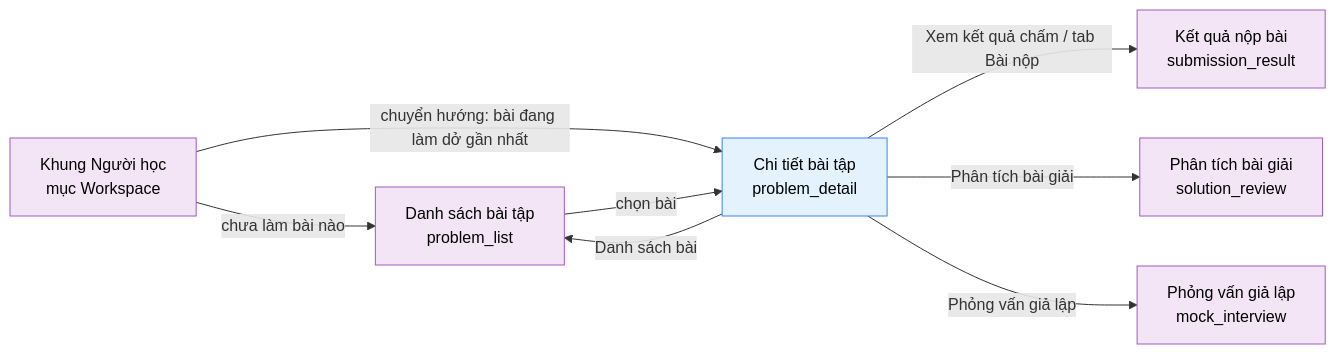
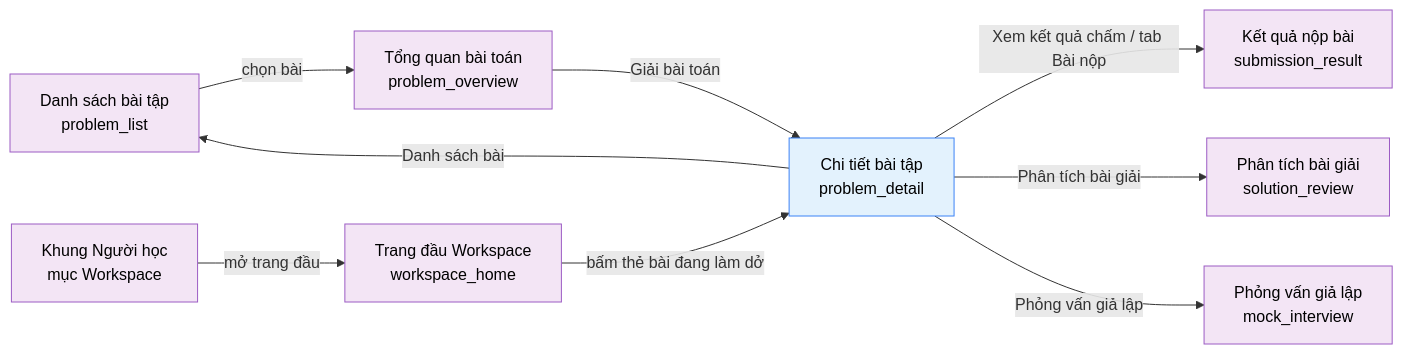
Before and after one commit to daiphu1801/PRJ_ALGOPREP: the diagram in 02-bd/screens/users/USR0102_problem_detail.md, drawn with Mermaid. The commit also changed other lines of this file and 290 other files, not shown here.

````diff
--- a/02-bd/screens/users/USR0102_problem_detail.md
+++ b/02-bd/screens/users/USR0102_problem_detail.md
@@ -199,16 +214,17 @@
 ```mermaid
 flowchart LR
-    list["Danh sách bài tập<br/>problem_list"] -->|"chọn bài"| main["Chi tiết bài tập<br/>problem_detail"]
-    nav["Khung Người học<br/>mục Workspace"] -->|"chuyển hướng: bài đang làm dở gần nhất"| main
-    nav -->|"chưa làm bài nào"| list
+    list["Danh sách bài tập<br/>problem_list"] -->|"chọn bài"| overview["Tổng quan bài toán<br/>problem_overview"]
+    overview -->|"Giải bài toán"| main["Chi tiết bài tập<br/>problem_detail"]
+    nav["Khung Người học<br/>mục Workspace"] -->|"mở trang đầu"| home["Trang đầu Workspace<br/>workspace_home"]
+    home -->|"bấm thẻ bài đang làm dở"| main
     main -->|"Danh sách bài"| list
     main -->|"Xem kết quả chấm / tab Bài nộp"| result["Kết quả nộp bài<br/>submission_result"]
     main -->|"Phân tích bài giải"| review["Phân tích bài giải<br/>solution_review"]
     main -->|"Phỏng vấn giả lập"| interview["Phỏng vấn giả lập<br/>mock_interview"]
 
     classDef source fill:#F3E5F5,stroke:#9C5CC4,color:#000
     classDef screen fill:#E3F2FD,stroke:#3B82F6,color:#000
 
-    class list,nav,result,review,interview source
+    class list,nav,overview,home,result,review,interview source
     class main screen
 ```
````
